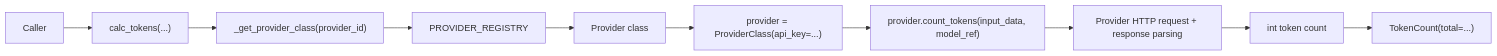
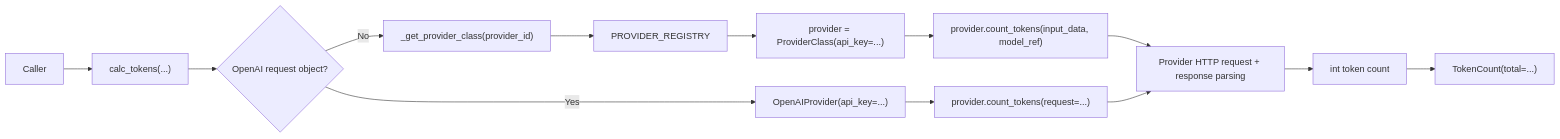
One commit to vienneraphael/kentokit changed the diagram in docs/architecture/api.md. Above: the diagram before and after it, drawn with Mermaid. The commit also changed other lines of this file and 11 other files, not shown here.

Commit message:
feat: add openai api token count request abstraction

````diff
--- a/docs/architecture/api.md
+++ b/docs/architecture/api.md
@@ -25,12 +26,15 @@
 ```mermaid
 flowchart LR
     A["Caller"] --> B["calc_tokens(...)"]
-    B --> C["_get_provider_class(provider_id)"]
-    C --> D["PROVIDER_REGISTRY"]
-    D --> E["Provider class"]
+    B --> C{"OpenAI request object?"}
+    C -->|No| D["_get_provider_class(provider_id)"]
+    D --> E["PROVIDER_REGISTRY"]
     E --> F["provider = ProviderClass(api_key=...)"]
     F --> G["provider.count_tokens(input_data, model_ref)"]
     G --> H["Provider HTTP request + response parsing"]
     H --> I["int token count"]
     I --> J["TokenCount(total=...)"]
+    C -->|Yes| K["OpenAIProvider(api_key=...)"]
+    K --> L["provider.count_tokens(request=...)"]
+    L --> H
 ```
````
